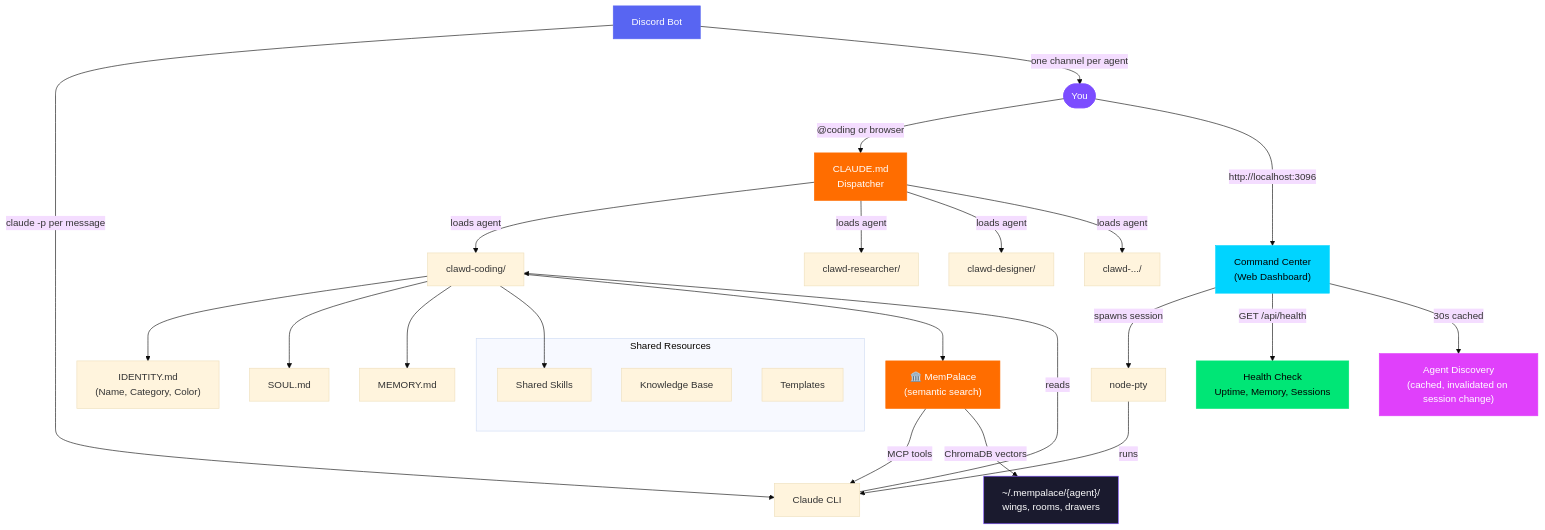
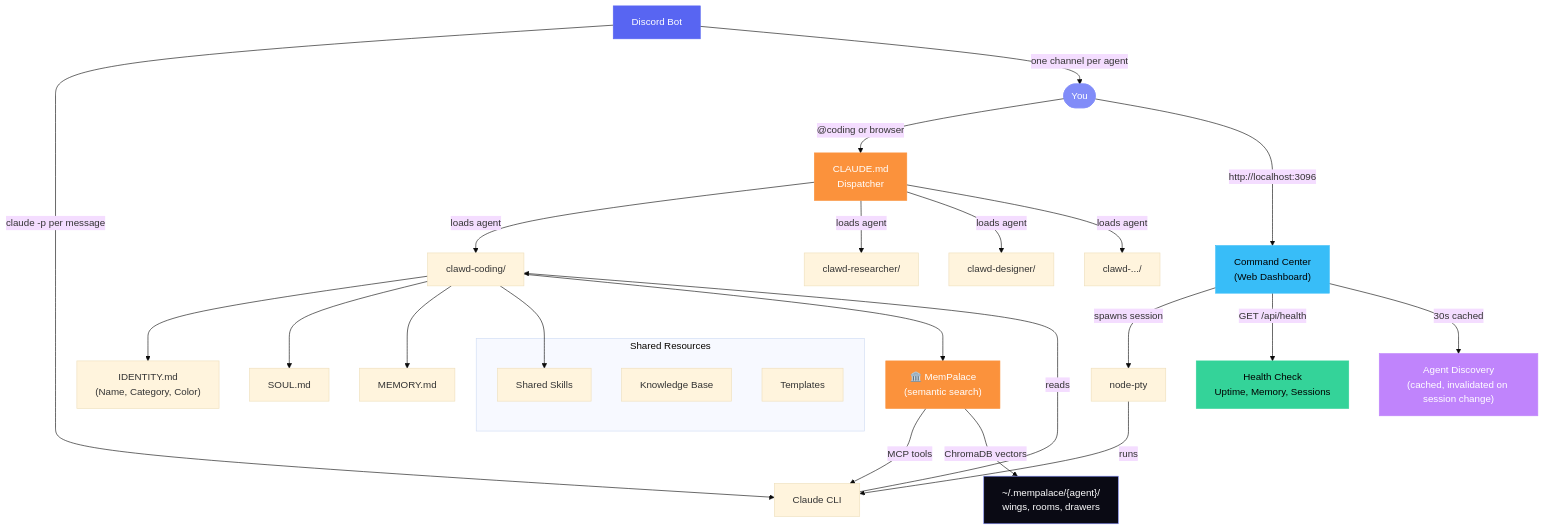
One commit to Source-Code-Alpha/ClawHive changed the first of 2 diagrams in README.md. Above: the diagram before and after it, drawn with Mermaid (base theme). The commit also changed other lines of this file, not shown here.

````diff
--- a/README.md
+++ b/README.md
@@ -186,44 +200,44 @@
 ```mermaid
 graph TB
     User([You]) -->|"@coding" or browser| Dispatcher["CLAUDE.md<br/>Dispatcher"]
     User -->|http://localhost:3096| Dashboard["Command Center<br/>(Web Dashboard)"]
 
     Dispatcher -->|loads agent| W1["clawd-coding/"]
     Dispatcher -->|loads agent| W2["clawd-researcher/"]
     Dispatcher -->|loads agent| W3["clawd-designer/"]
     Dispatcher -->|loads agent| WN["clawd-.../"]
 
     Dashboard -->|spawns session| PTY["node-pty"]
     PTY -->|runs| Claude["Claude CLI"]
     Claude -->|reads| W1
 
     Dashboard -->|"GET /api/health"| Health["Health Check<br/>Uptime, Memory, Sessions"]
     Dashboard -->|"30s cached"| AgentCache["Agent Discovery<br/>(cached, invalidated on session change)"]
 
     W1 --> ID["IDENTITY.md<br/>(Name, Category, Color)"]
     W1 --> SOUL["SOUL.md"]
     W1 --> MEM["MEMORY.md"]
     W1 --> SK["Shared Skills"]
     W1 --> MP["🏛️ MemPalace<br/>(semantic search)"]
 
     MP -->|"MCP tools"| Claude
     MP -->|"ChromaDB vectors"| Palace["~/.mempalace/{agent}/<br/>wings, rooms, drawers"]
 
     Discord["Discord Bot"] -->|"claude -p per message"| Claude
     Discord -->|"one channel per agent"| User
 
     subgraph "Shared Resources"
         SK
         KB["Knowledge Base"]
         TPL["Templates"]
     end
 
-    style User fill:#7c4dff,color:#fff,stroke:#7c4dff
-    style Dashboard fill:#00d4ff,color:#000,stroke:#00d4ff
-    style Dispatcher fill:#ff6d00,color:#fff,stroke:#ff6d00
-    style Health fill:#00e676,color:#000,stroke:#00e676
-    style AgentCache fill:#e040fb,color:#fff,stroke:#e040fb
-    style MP fill:#ff6d00,color:#fff,stroke:#ff6d00
-    style Palace fill:#1a1a2e,color:#fff,stroke:#7c4dff
+    style User fill:#818cf8,color:#fff,stroke:#818cf8
+    style Dashboard fill:#38bdf8,color:#000,stroke:#38bdf8
+    style Dispatcher fill:#fb923c,color:#fff,stroke:#fb923c
+    style Health fill:#34d399,color:#000,stroke:#34d399
+    style AgentCache fill:#c084fc,color:#fff,stroke:#c084fc
+    style MP fill:#fb923c,color:#fff,stroke:#fb923c
+    style Palace fill:#0a0a14,color:#fff,stroke:#818cf8
     style Discord fill:#5865F2,color:#fff,stroke:#5865F2
 ```
````
